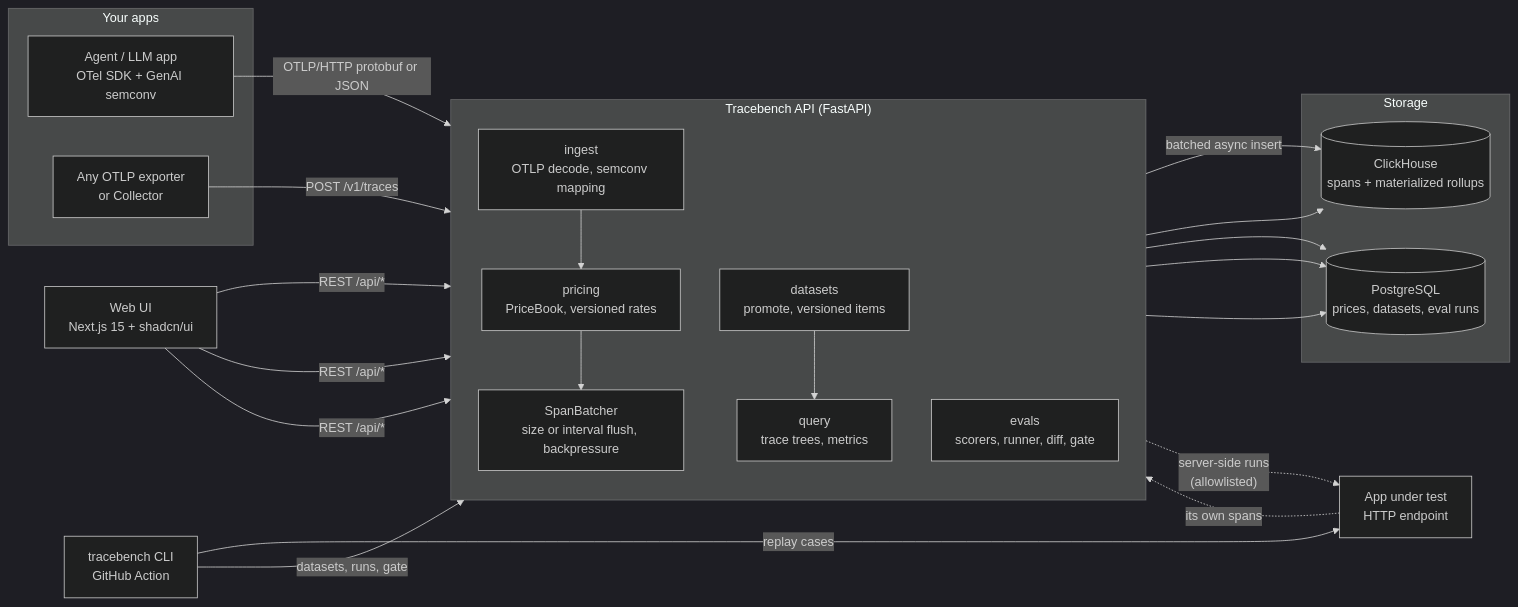
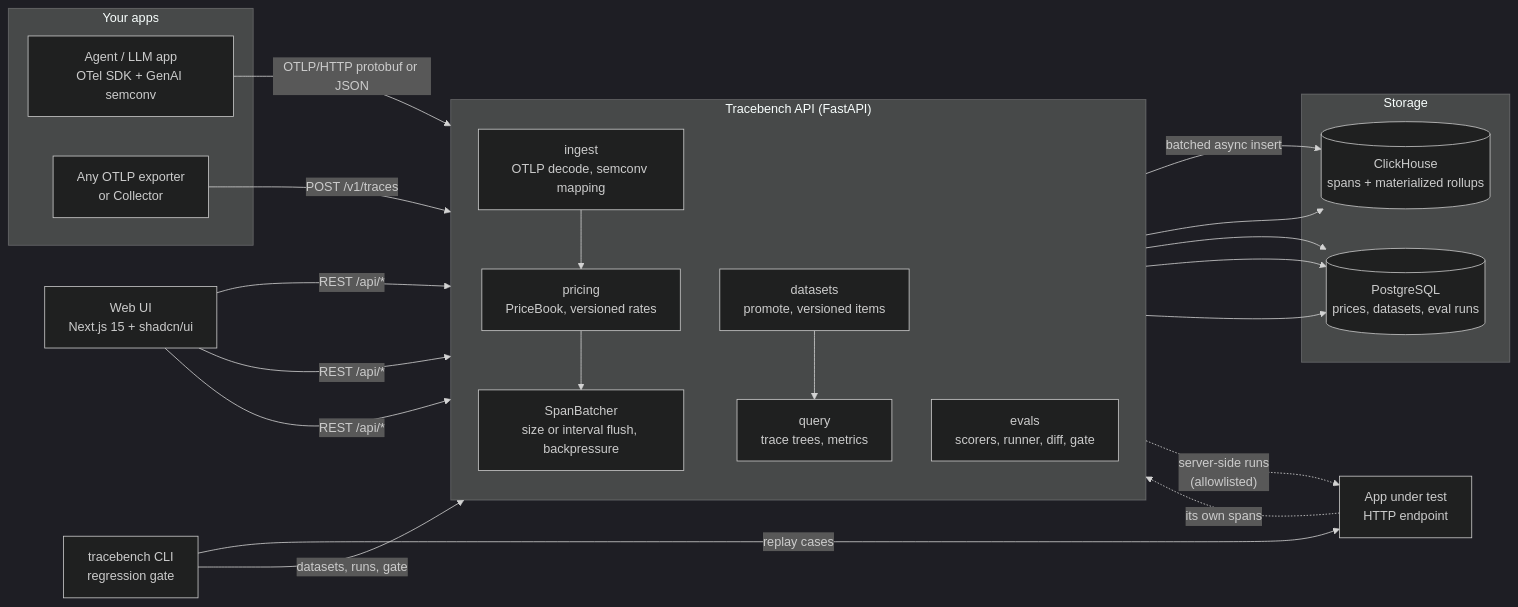
The first of 6 diagrams in README.md (devm29/tracebench), drawn with Mermaid (dark theme) before and after one commit. The commit also changed other lines of this file and 14 other files, not shown here.

````diff
--- a/README.md
+++ b/README.md
@@ -108,43 +114,43 @@
 ```mermaid
 flowchart LR
     subgraph apps["Your apps"]
         A1["Agent / LLM app<br/>OTel SDK + GenAI semconv"]
         A2["Any OTLP exporter<br/>or Collector"]
     end
 
     subgraph api["Tracebench API (FastAPI)"]
         direction TB
         ING["ingest<br/>OTLP decode, semconv mapping"]
         PRC["pricing<br/>PriceBook, versioned rates"]
         BAT["SpanBatcher<br/>size or interval flush, backpressure"]
         QRY["query<br/>trace trees, metrics"]
         DS["datasets<br/>promote, versioned items"]
         EV["evals<br/>scorers, runner, diff, gate"]
     end
 
     subgraph stores["Storage"]
         CH[("ClickHouse<br/>spans + materialized rollups")]
         PG[("PostgreSQL<br/>prices, datasets, eval runs")]
     end
 
     WEB["Web UI<br/>Next.js 15 + shadcn/ui"]
-    CLI["tracebench CLI<br/>GitHub Action"]
+    CLI["tracebench CLI<br/>regression gate"]
     TGT["App under test<br/>HTTP endpoint"]
 
     A1 -- "OTLP/HTTP protobuf or JSON" --> ING
     A2 -- "POST /v1/traces" --> ING
     ING --> PRC --> BAT
     BAT -- "batched async insert" --> CH
     QRY --> CH
     DS --> QRY
     DS --> PG
     EV --> PG
     PRC --> PG
     WEB -- "REST /api/*" --> QRY
     WEB -- "REST /api/*" --> DS
     WEB -- "REST /api/*" --> EV
     CLI -- "datasets, runs, gate" --> EV
     CLI -- "replay cases" --> TGT
     EV -. "server-side runs<br/>(allowlisted)" .-> TGT
     TGT -. "its own spans" .-> ING
 ```
````
